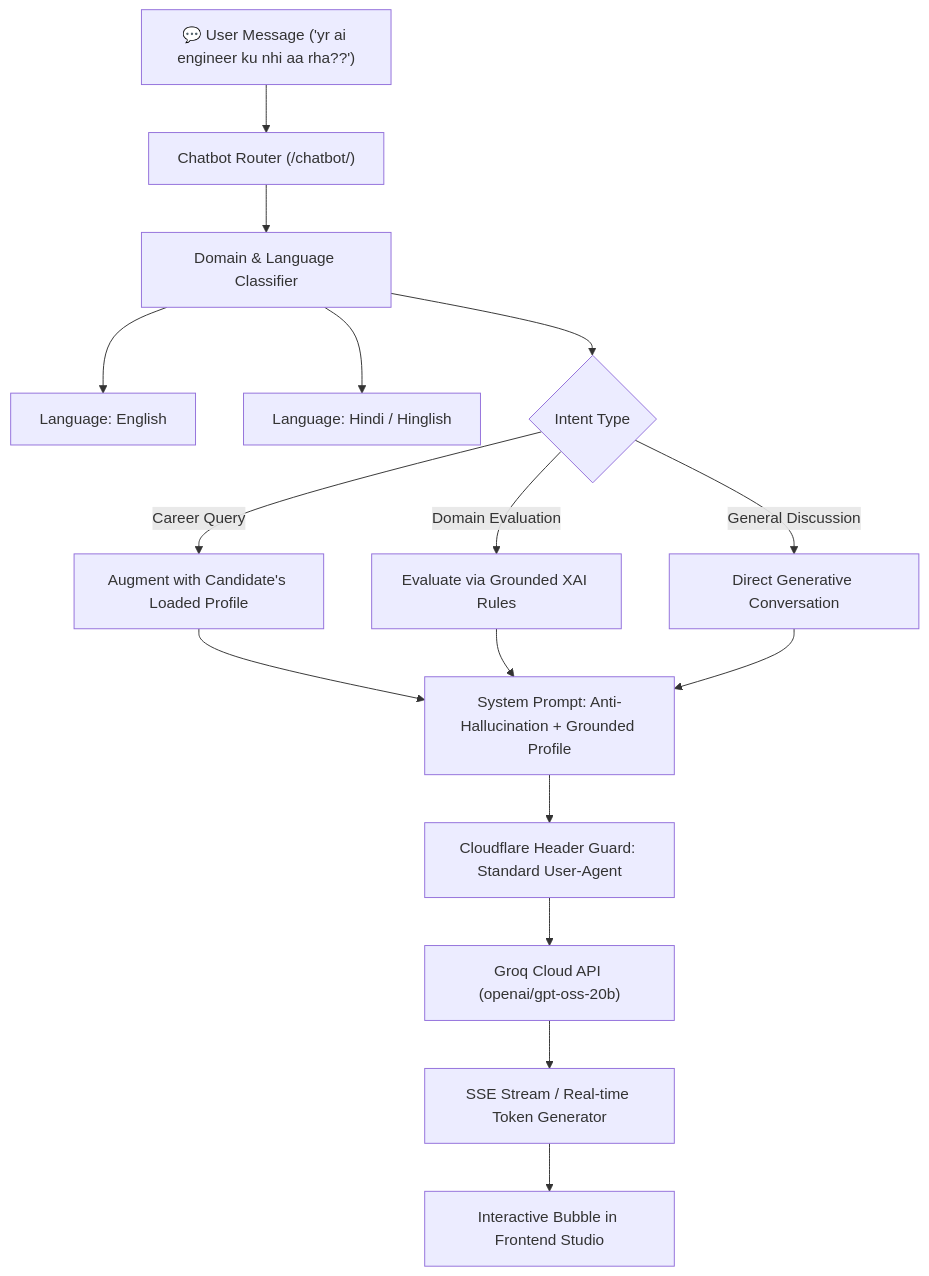
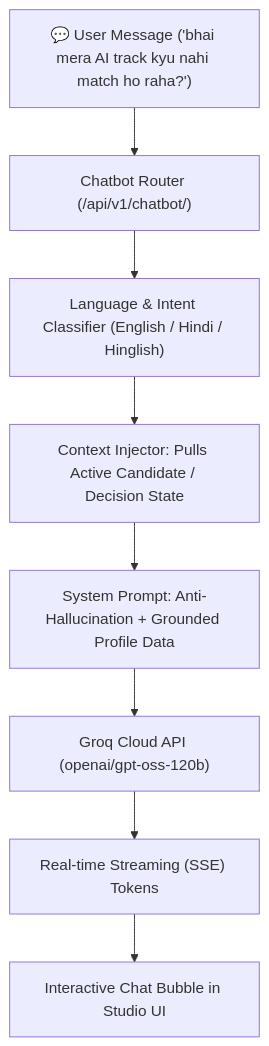
Before and after one commit to RiyanshiVerma-11/DeciXAI: the seventh of 8 diagrams in README.md, drawn with Mermaid. The commit also changed other lines of this file, not shown here.

Commit message:
docs: enrich README with in-depth problem-solution analysis, multi-layer Mermaid diagrams, and end-to-end architectural workflows

````diff
--- a/README.md
+++ b/README.md
@@ -232,22 +331,12 @@
 ```mermaid
 flowchart TD
-    UserMsg["💬 User Message ('yr ai engineer ku nhi aa rha??')"] --> Router["Chatbot Router (/chatbot/)"]
+    UserMsg["💬 User Message ('bhai mera AI track kyu nahi match ho raha?')"] --> Router["Chatbot Router (/api/v1/chatbot/)"]
+    Router --> LangClass["Language & Intent Classifier (English / Hindi / Hinglish)"]
     
-    Router --> Detect["Domain & Language Classifier"]
-    Detect --> English["Language: English"]
-    Detect --> Hindi["Language: Hindi / Hinglish"]
-
-    Detect --> IntentCheck{"Intent Type"}
-    IntentCheck -->|Career Query| AugmentContext["Augment with Candidate's Loaded Profile"]
-    IntentCheck -->|Domain Evaluation| QuickEval["Evaluate via Grounded XAI Rules"]
-    IntentCheck -->|General Discussion| PassThru["Direct Generative Conversation"]
-
-    AugmentContext --> SysPrompt["System Prompt: Anti-Hallucination + Grounded Profile"]
-    QuickEval --> SysPrompt
-    PassThru --> SysPrompt
-
-    SysPrompt --> EdgeWAF["Cloudflare Header Guard: Standard User-Agent"]
-    EdgeWAF --> GroqAPI["Groq Cloud API (openai/gpt-oss-20b)"]
-    GroqAPI --> StreamSSE["SSE Stream / Real-time Token Generator"]
-    StreamSSE --> ClientChat["Interactive Bubble in Frontend Studio"]
+    LangClass --> ContextInjector["Context Injector: Pulls Active Candidate / Decision State"]
+    ContextInjector --> GuardrailPrompt["System Prompt: Anti-Hallucination + Grounded Profile Data"]
+    
+    GuardrailPrompt --> GroqCloud["Groq Cloud API (openai/gpt-oss-120b)"]
+    GroqCloud --> StreamTokens["Real-time Streaming (SSE) Tokens"]
+    StreamTokens --> ChatBubble["Interactive Chat Bubble in Studio UI"]
 ```
````
